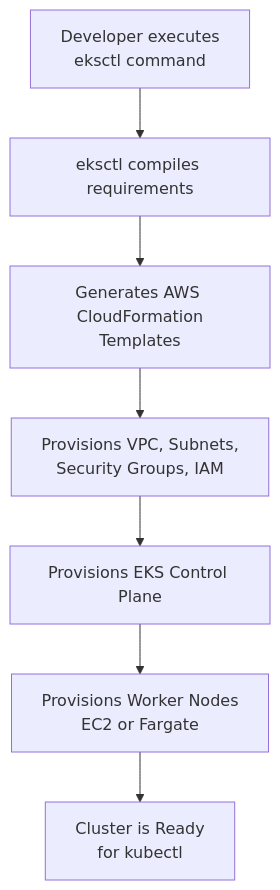
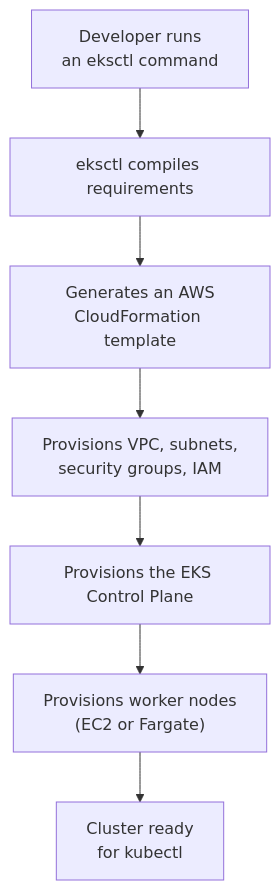
One commit to nirajp82/KubernetesWithAmazon_EKS_Fargate_DevOps changed the diagram in sections/02_EKS_Basics/02_eksctl.md. Above: the diagram before and after it, drawn with Mermaid. The commit also changed other lines of this file and 11 other files, not shown here.

````diff
--- a/sections/02_EKS_Basics/02_eksctl.md
+++ b/sections/02_EKS_Basics/02_eksctl.md
@@ -35,10 +10,9 @@
 ```mermaid
 flowchart TD
-    User[Developer executes \n eksctl command] --> CLI[eksctl compiles requirements]
-    CLI --> CFN[Generates AWS \n CloudFormation Templates]
-    CFN --> VPC[Provisions VPC, Subnets, \n Security Groups, IAM]
-    VPC --> EKS[Provisions EKS Control Plane]
-    EKS --> Nodes[Provisions Worker Nodes \n EC2 or Fargate]
-    Nodes --> Ready[Cluster is Ready \n for kubectl]
-
+    User["Developer runs<br/>an eksctl command"] --> CLI[eksctl compiles requirements]
+    CLI --> CFN["Generates an AWS<br/>CloudFormation template"]
+    CFN --> VPC["Provisions VPC, subnets,<br/>security groups, IAM"]
+    VPC --> EKS[Provisions the EKS Control Plane]
+    EKS --> Nodes["Provisions worker nodes<br/>(EC2 or Fargate)"]
+    Nodes --> Ready["Cluster ready<br/>for kubectl"]
 ```
````
